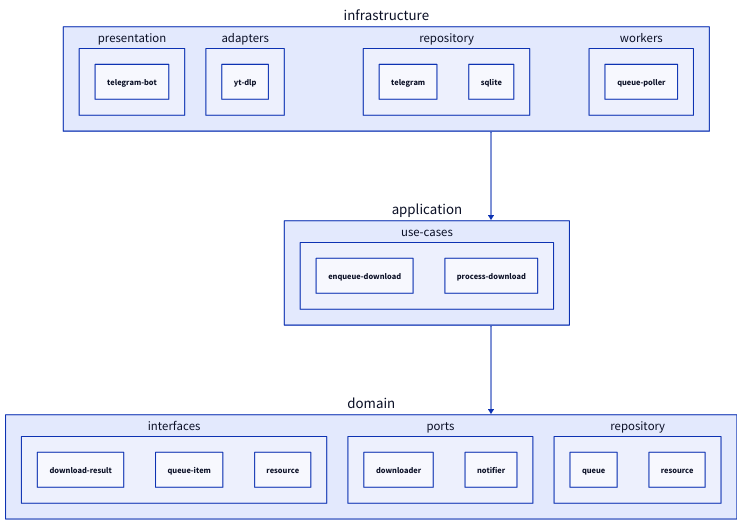
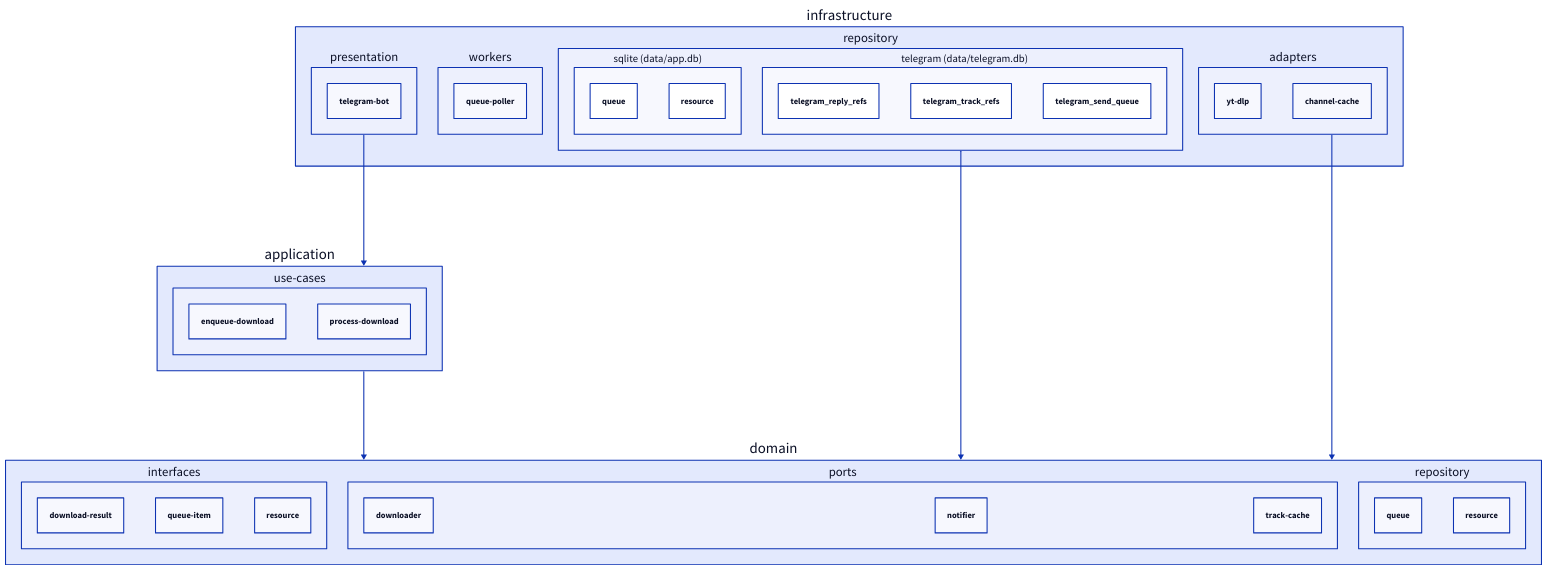
The diagram in docs/diagram.d2 (iwwwanow/kanalveschaniya), drawn with D2 before and after one commit. The commit also changed 7 other files, not shown here.

Commit message:
docs(common): prepare for architecture refactoring

```diff
--- a/docs/diagram.d2
+++ b/docs/diagram.d2
@@ -1,40 +1,54 @@
-infrastructure -> application -> domain
+application -> domain
+infrastructure.presentation -> application
+infrastructure.repository -> domain
+infrastructure.adapters -> domain
 
 infrastructure: {
   presentation: {
     telegram-bot
   }
   adapters: {
     yt-dlp
+    channel-cache
   }
   repository: {
-    telegram
-    sqlite
+    sqlite: {
+      label: "sqlite (data/app.db)"
+      queue
+      resource
+    }
+    telegram: {
+      label: "telegram (data/telegram.db)"
+      telegram_reply_refs
+      telegram_track_refs
+      telegram_send_queue
+    }
   }
   workers: {
     queue-poller
   }
 }
 
 application: {
   use-cases: {
     enqueue-download
     process-download
   }
 }
 
 domain: {
   interfaces: {
     download-result
     queue-item
     resource
   }
   ports: {
     downloader
     notifier
+    track-cache
   }
   repository: {
     queue
     resource
   }
 }
```
